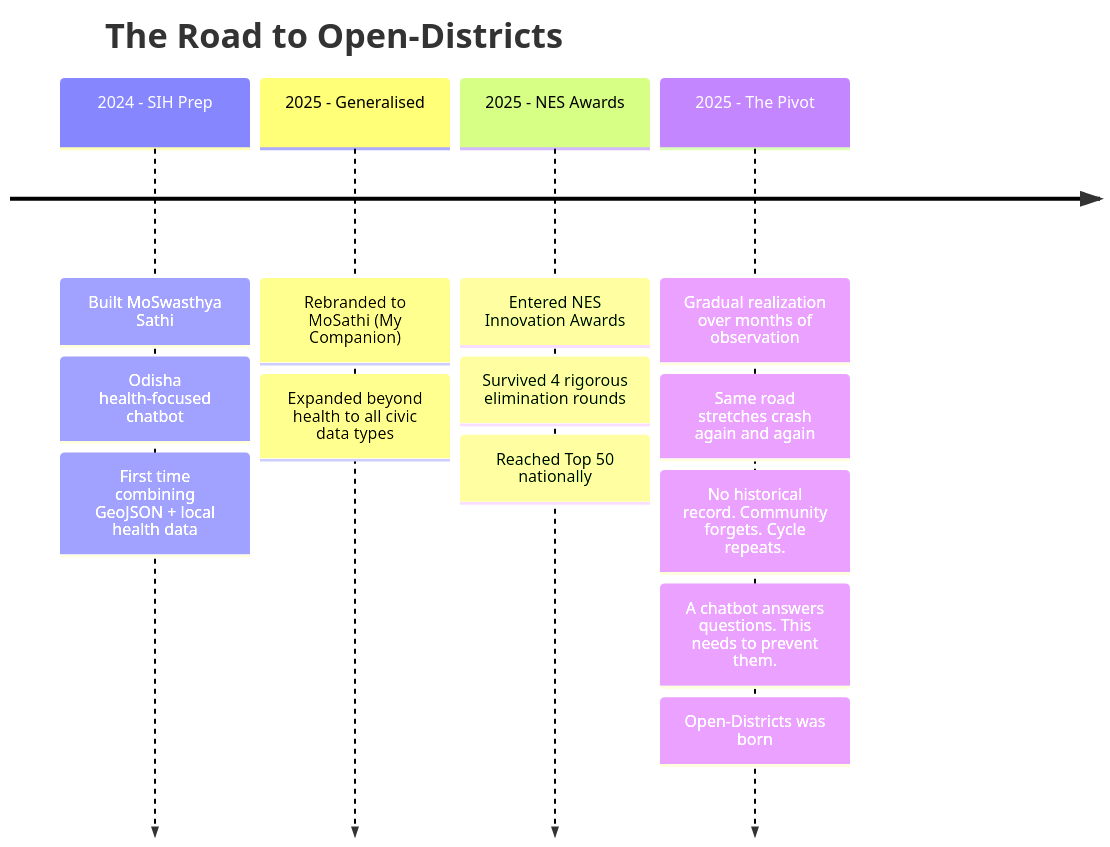
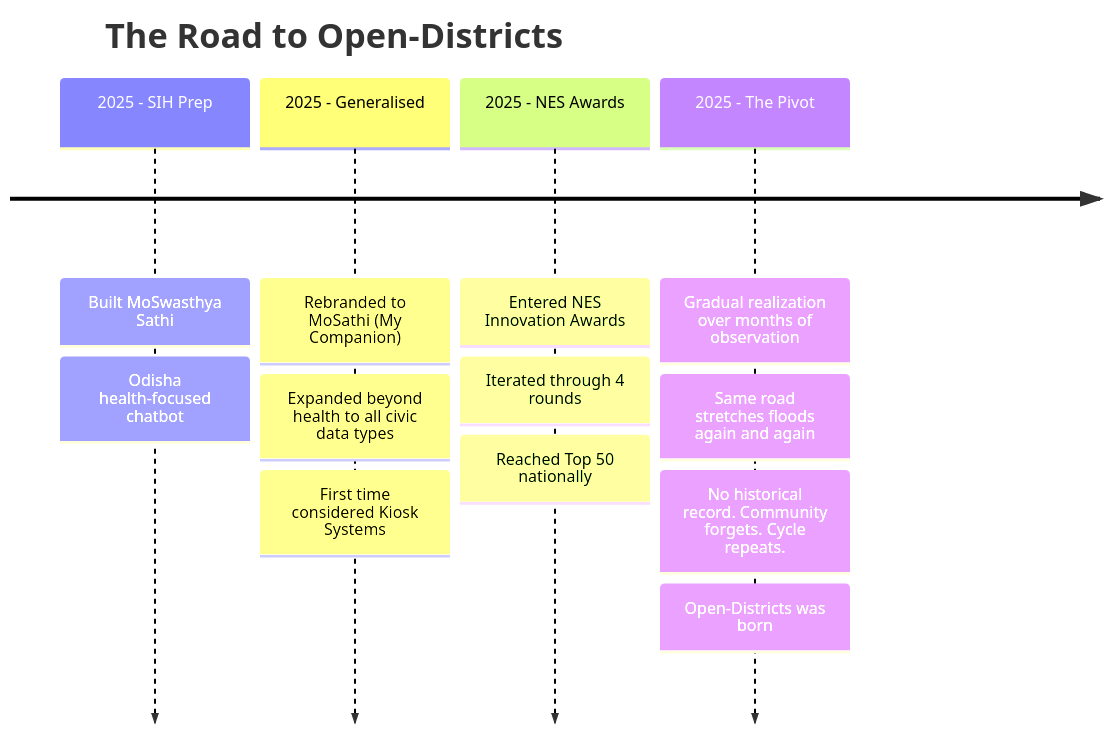
One commit to DataBoySu/Open-Districts changed the second of 2 diagrams in README.md. Above: the diagram before and after it, drawn with Mermaid. The commit also changed other lines of this file, not shown here.

````diff
--- a/README.md
+++ b/README.md
@@ -83,17 +83,19 @@
 ```mermaid
 timeline
     title The Road to Open-Districts
-    2024 - SIH Prep : Built MoSwasthya Sathi
+    2025 - SIH Prep : Built MoSwasthya Sathi
                     : Odisha health-focused chatbot
-                    : First time combining GeoJSON + local health data
+
     2025 - Generalised : Rebranded to MoSathi (My Companion)
                        : Expanded beyond health to all civic data types
+                       
+                       : First time considered Kiosk Systems
+
     2025 - NES Awards : Entered NES Innovation Awards
-                      : Survived 4 rigorous elimination rounds
+                      : Iterated through 4 rounds
                       : Reached Top 50 nationally
     2025 - The Pivot : Gradual realization over months of observation
-                     : Same road stretches crash again and again
+                     : Same road stretches floods again and again
                      : No historical record. Community forgets. Cycle repeats.
-                     : A chatbot answers questions. This needs to prevent them.
                      : Open-Districts was born
 ```
````
